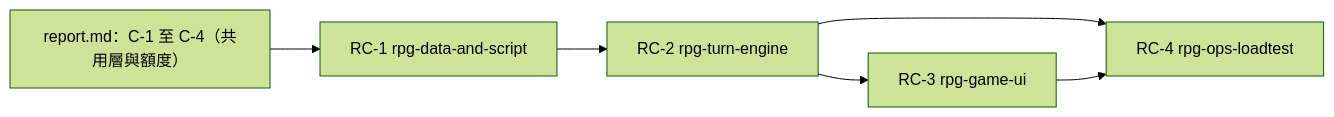
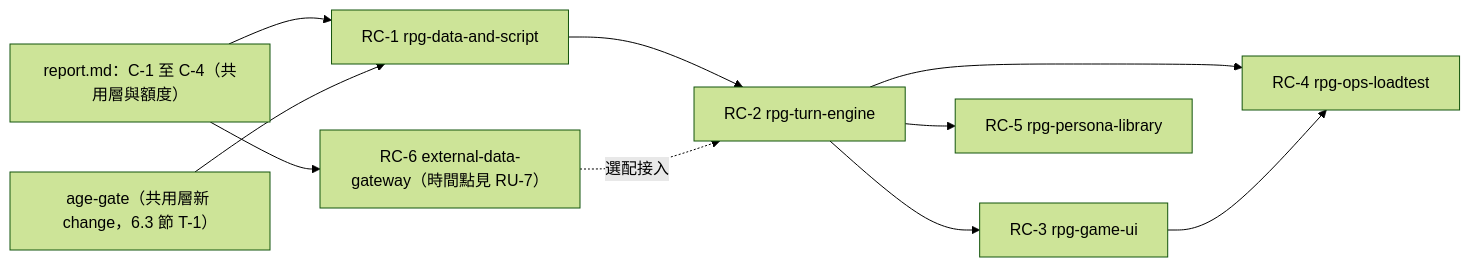
Before and after one commit to pp466pp466/R.A.C: the ninth of 9 diagrams in docs/RPG.md, drawn with Mermaid (forest theme). The commit also changed other lines of this file and 1 other file, not shown here.

First line of the commit message:
文件：RPG 設計 v1.1 與內容政策研究

````diff
--- a/docs/RPG.md
+++ b/docs/RPG.md
@@ -352,8 +670,12 @@
 ```mermaid
 flowchart LR
     CS["report.md：C-1 至 C-4（共用層與額度）"] --> RC1["RC-1 rpg-data-and-script"]
     RC1 --> RC2["RC-2 rpg-turn-engine"]
     RC2 --> RC3["RC-3 rpg-game-ui"]
     RC2 --> RC4["RC-4 rpg-ops-loadtest"]
     RC3 --> RC4
+    AG["age-gate（共用層新 change，6.3 節 T-1）"] --> RC1
+    CS --> RC6["RC-6 external-data-gateway（時間點見 RU-7）"]
+    RC6 -.->|"選配接入"| RC2
+    RC2 --> RC5["RC-5 rpg-persona-library"]
 ```
````
